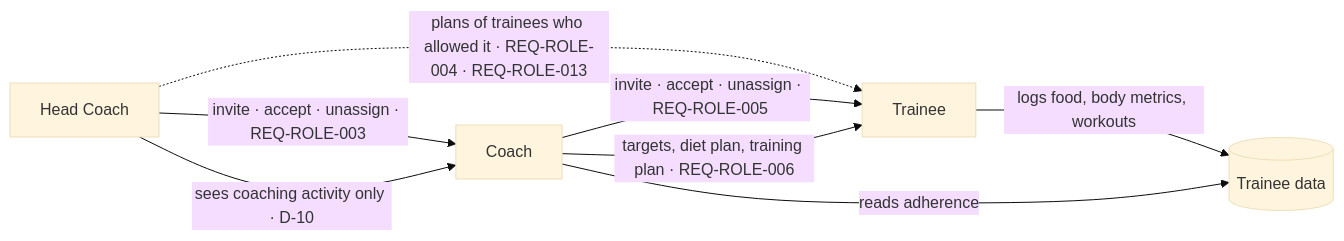
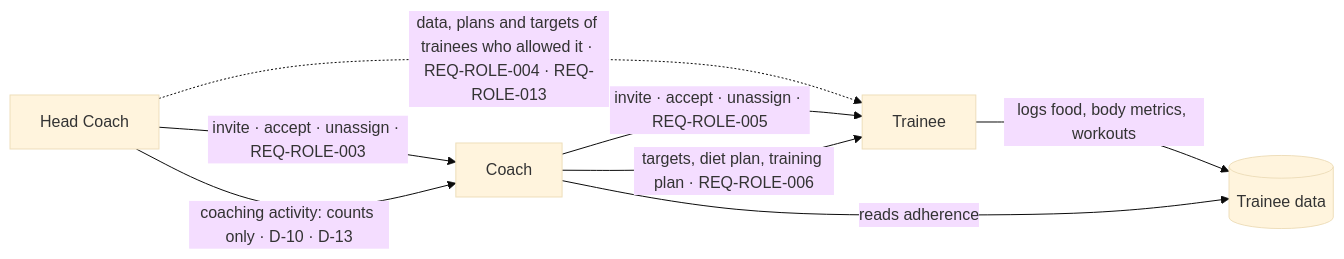
Before and after one commit to pradeepKumawatPalara/fitsphere: the second of 3 diagrams in flow.md, drawn with Mermaid (base theme). The commit also changed other lines of this file and 13 other files, not shown here.

````diff
--- a/flow.md
+++ b/flow.md
@@ -36,10 +37,10 @@
 ```mermaid
 flowchart LR
     HC[Head Coach] -- invite · accept · unassign · REQ-ROLE-003 --> CO[Coach]
-    HC -- sees coaching activity only · D-10 --> CO
-    HC -. plans of trainees who allowed it · REQ-ROLE-004 · REQ-ROLE-013 .-> TE
+    HC -- coaching activity: counts only · D-10 · D-13 --> CO
+    HC -. data, plans and targets of trainees who allowed it · REQ-ROLE-004 · REQ-ROLE-013 .-> TE
     CO -- invite · accept · unassign · REQ-ROLE-005 --> TE[Trainee]
     CO -- targets, diet plan, training plan · REQ-ROLE-006 --> TE
     TE -- logs food, body metrics, workouts --> DATA[(Trainee data)]
     CO -- reads adherence --> DATA
 ```
````
